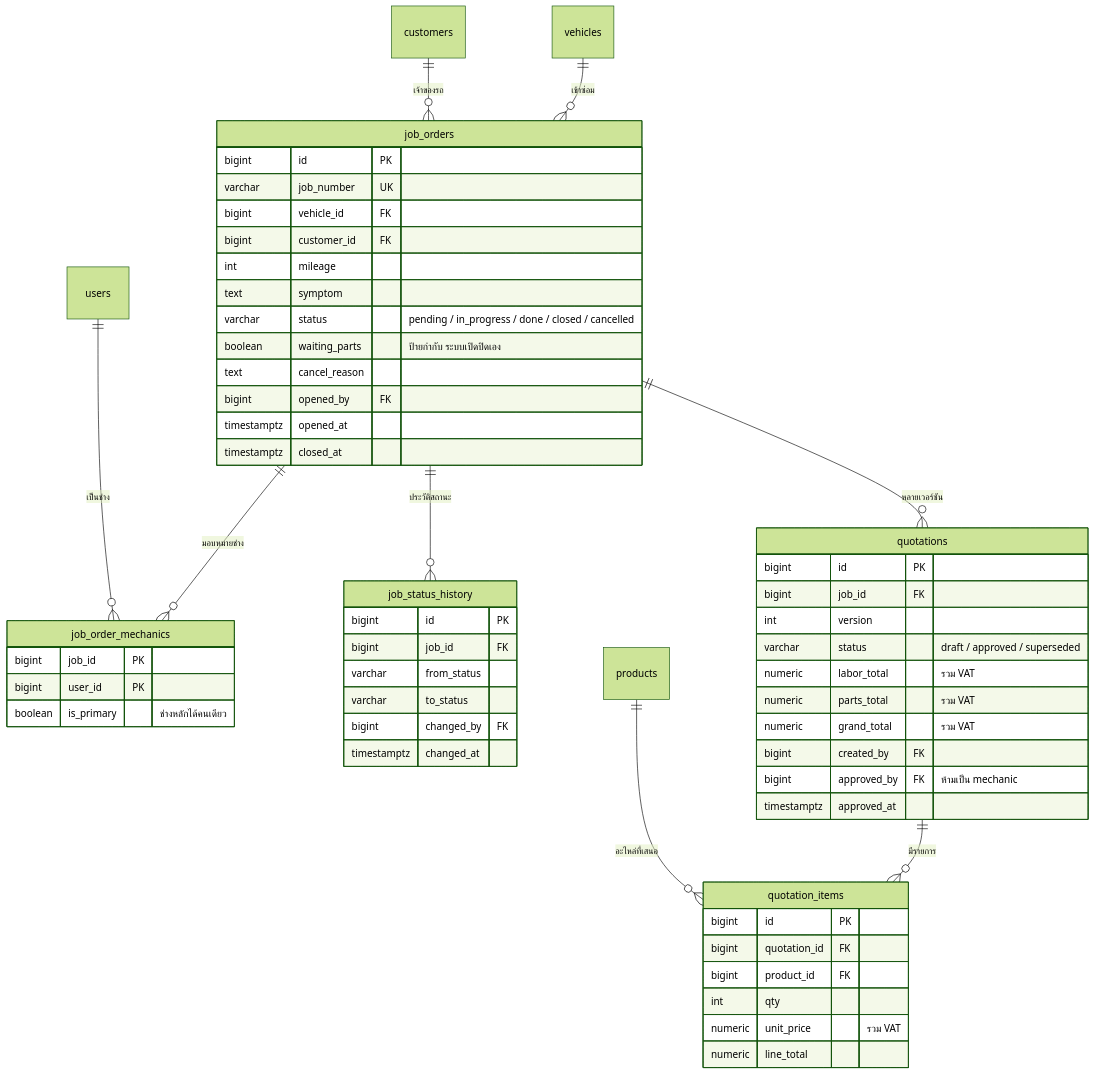
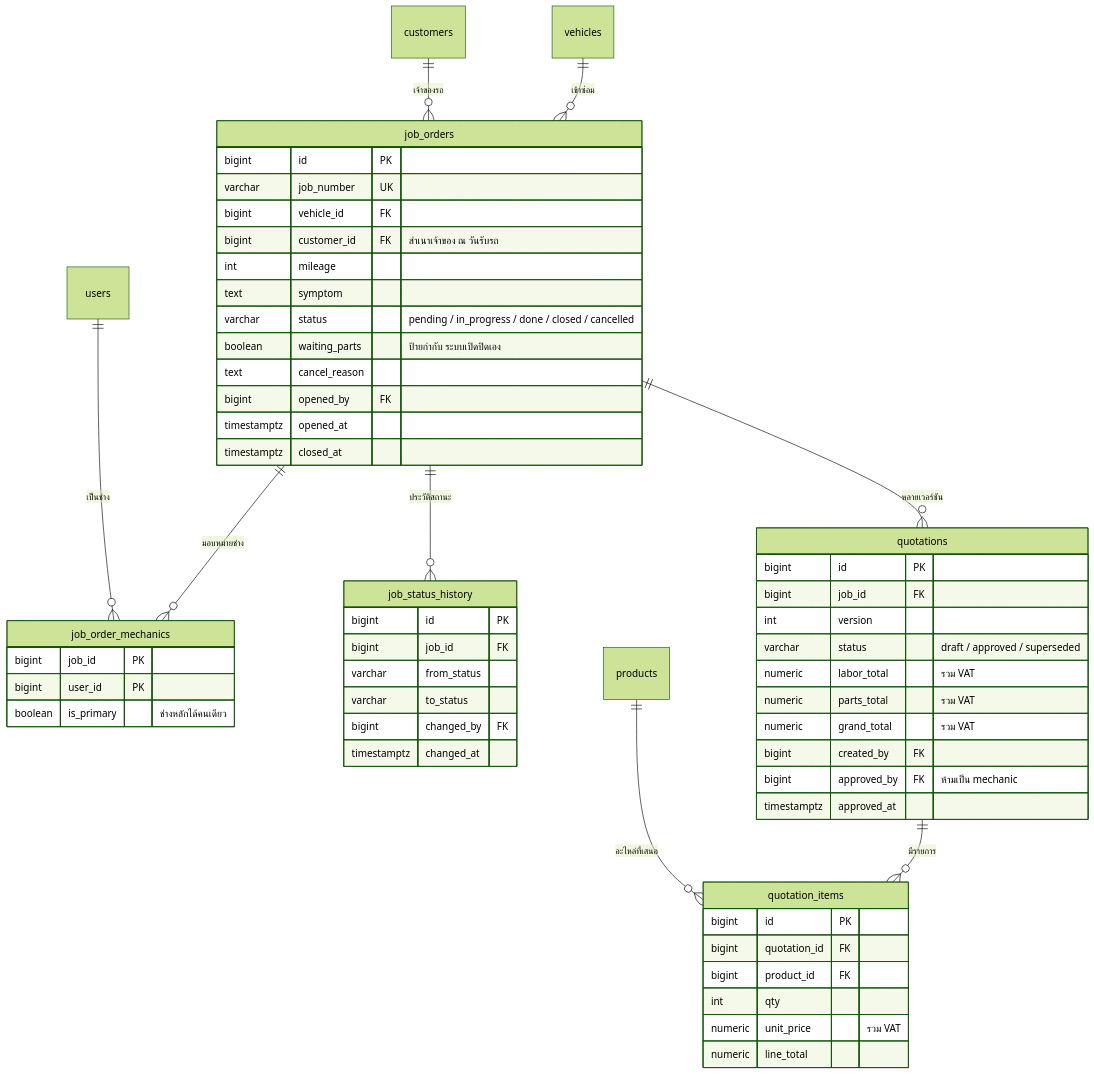
The sixth of 8 diagrams in data_model.md (kaewjamsai0193/Garage_Final_Project), drawn with Mermaid (forest theme) before and after one commit. The commit also changed other lines of this file and 2 other files, not shown here.

````diff
--- a/data_model.md
+++ b/data_model.md
@@ -201,63 +204,63 @@
 ```mermaid
 erDiagram
     vehicles ||--o{ job_orders : "เข้าซ่อม"
     customers ||--o{ job_orders : "เจ้าของรถ"
     job_orders ||--o{ job_order_mechanics : "มอบหมายช่าง"
     job_orders ||--o{ job_status_history : "ประวัติสถานะ"
     job_orders ||--o{ quotations : "หลายเวอร์ชัน"
     quotations ||--o{ quotation_items : "มีรายการ"
     users ||--o{ job_order_mechanics : "เป็นช่าง"
     products ||--o{ quotation_items : "อะไหล่ที่เสนอ"
 
     job_orders {
         bigint id PK
         varchar job_number UK
         bigint vehicle_id FK
-        bigint customer_id FK
+        bigint customer_id FK "สำเนาเจ้าของ ณ วันรับรถ"
         int mileage
         text symptom
         varchar status "pending / in_progress / done / closed / cancelled"
         boolean waiting_parts "ป้ายกำกับ ระบบเปิดปิดเอง"
         text cancel_reason
         bigint opened_by FK
         timestamptz opened_at
         timestamptz closed_at
     }
 
     job_order_mechanics {
         bigint job_id PK
         bigint user_id PK
         boolean is_primary "ช่างหลักได้คนเดียว"
     }
 
     job_status_history {
         bigint id PK
         bigint job_id FK
         varchar from_status
         varchar to_status
         bigint changed_by FK
         timestamptz changed_at
     }
 
     quotations {
         bigint id PK
         bigint job_id FK
         int version
         varchar status "draft / approved / superseded"
         numeric labor_total "รวม VAT"
         numeric parts_total "รวม VAT"
         numeric grand_total "รวม VAT"
         bigint created_by FK
         bigint approved_by FK "ห้ามเป็น mechanic"
         timestamptz approved_at
     }
 
     quotation_items {
         bigint id PK
         bigint quotation_id FK
         bigint product_id FK
         int qty
         numeric unit_price "รวม VAT"
         numeric line_total
     }
 ```
````
